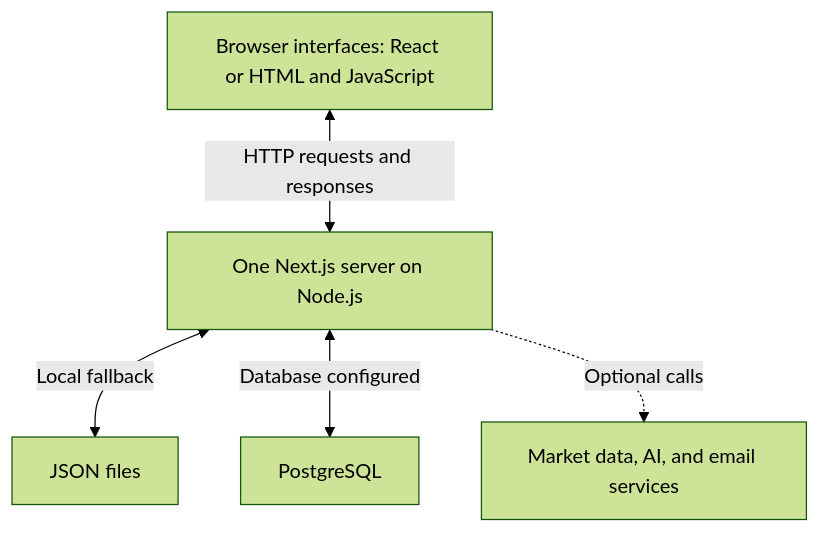
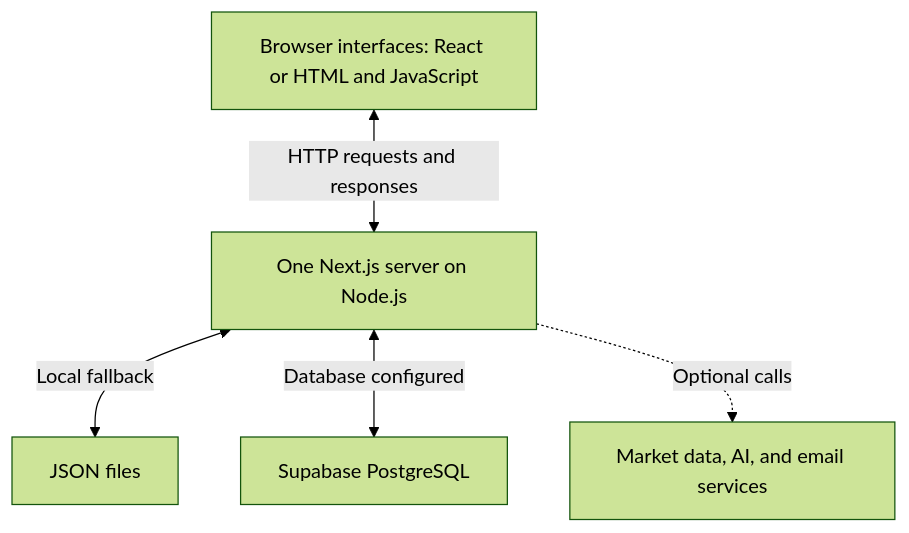
The first of 2 diagrams in monthly-trading-report/docs/guide/01-stack-and-infrastructure.md (brandennevius/TradingDashboard), drawn with Mermaid (forest theme) before and after one commit. The commit also changed other lines of this file and 5 other files, not shown here.

Commit message:
Document Supabase hosting and Branden journal data flow

````diff
--- a/monthly-trading-report/docs/guide/01-stack-and-infrastructure.md
+++ b/monthly-trading-report/docs/guide/01-stack-and-infrastructure.md
@@ -9,7 +9,7 @@
 ```mermaid
 flowchart TD
     browser["Browser interfaces: React or HTML and JavaScript"] <-->|"HTTP requests and responses"| application["One Next.js server on Node.js"]
     application <-->|"Local fallback"| jsonFiles["JSON files"]
-    application <-->|"Database configured"| postgres["PostgreSQL"]
+    application <-->|"Database configured"| postgres["Supabase PostgreSQL"]
     application -.->|"Optional calls"| providers["Market data, AI, and email services"]
 ```
````
